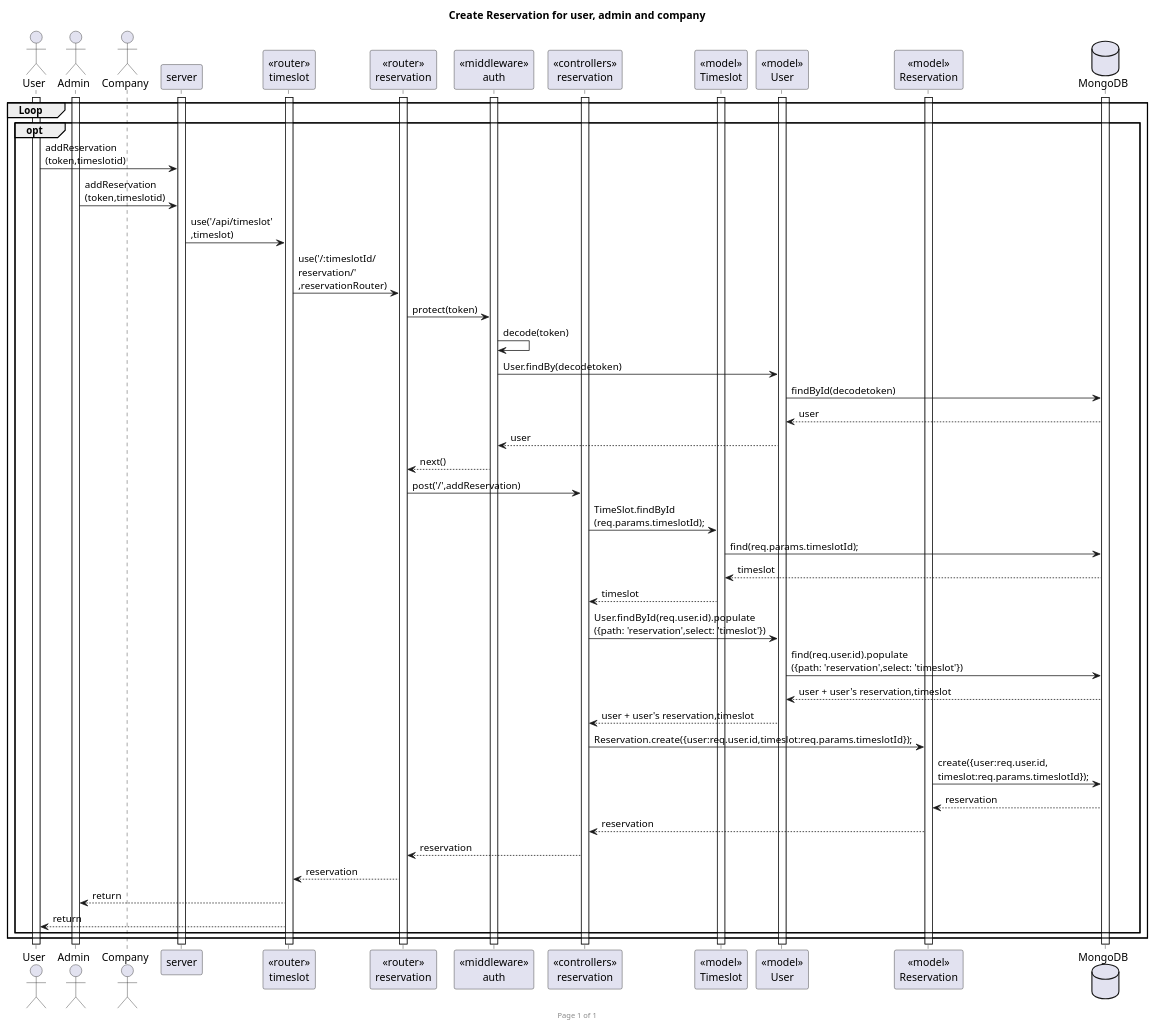
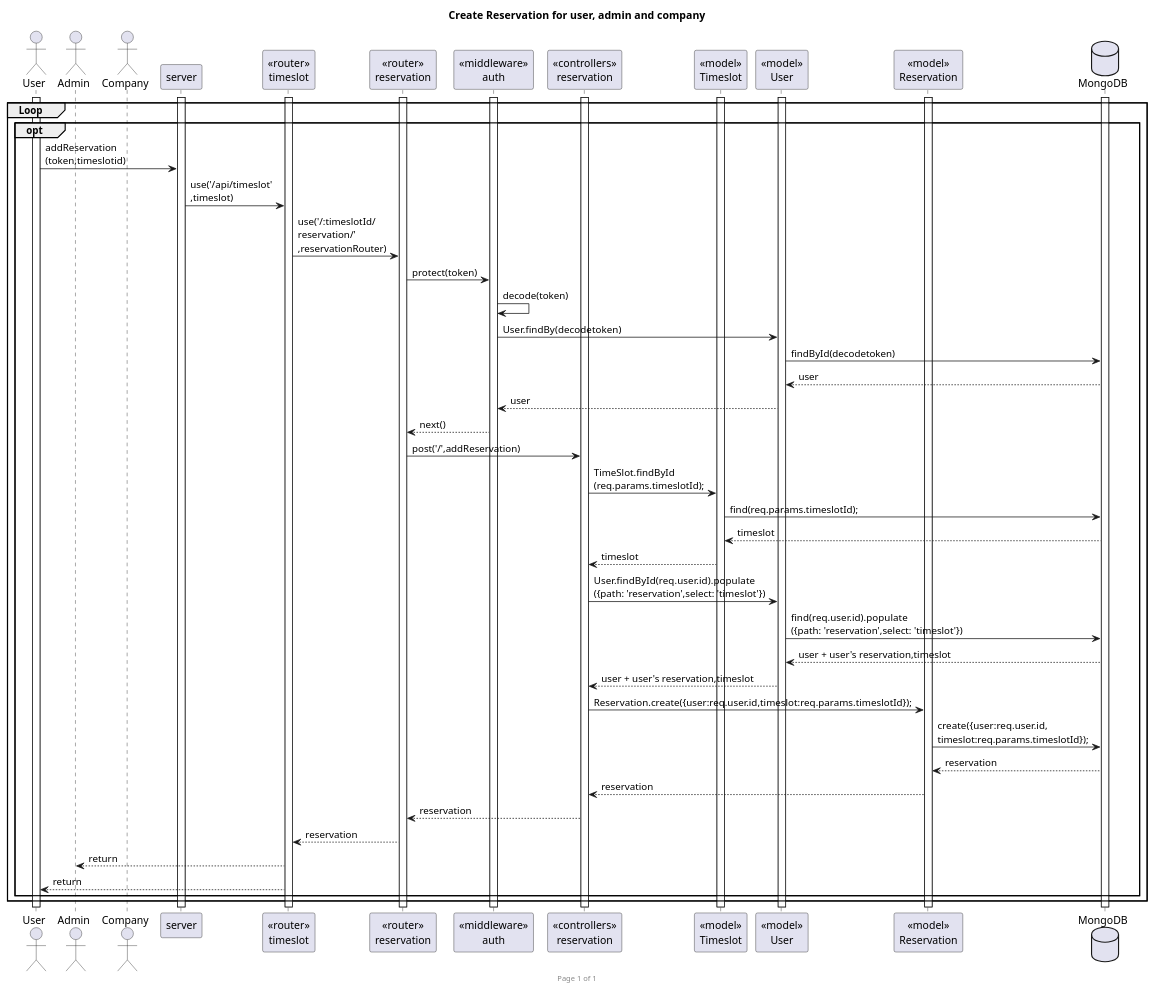
Before and after one commit to NAT-SIRIRUANGBUN/backend: the diagram in sequencediagram/addReservation.puml, drawn with PlantUML.

Commit message:
Fix addReserv sq diagram

```diff
--- a/sequencediagram/addReservation.puml
+++ b/sequencediagram/addReservation.puml
@@ -1,76 +1,74 @@
 @startuml addReservation
 
 
 footer Page %page% of %lastpage%
 title "Create Reservation for user, admin and company"
 
 actor "User" as user
 actor "Admin" as admin
 actor "Company" as company
 participant "server" as server
 participant "<<router>>\ntimeslot" as routerTime
 participant "<<router>>\nreservation" as routerReserv
 participant "<<middleware>>\nauth" as middleAuth
 participant "<<controllers>>\nreservation" as controllersReserv
 participant "<<model>>\nTimeslot" as modelTimeslot
 participant "<<model>>\nUser" as modelUser
 participant "<<model>>\nReservation" as modelReserv
 database "MongoDB" as mongoDB
 
 group Loop
     'get reservations for user
     group opt 
         activate user
         activate server
         activate routerTime
         activate routerReserv
         activate middleAuth
         activate controllersReserv
         activate modelUser
         activate modelReserv
         activate mongoDB
-        activate admin
         activate modelTimeslot
         user->server :addReservation\n(token,timeslotid)
-        admin -> server :addReservation\n(token,timeslotid)
         server->routerTime :use('/api/timeslot'\n,timeslot)
         routerTime->routerReserv : use('/:timeslotId/\nreservation/'\n,reservationRouter)
         routerReserv -> middleAuth : protect(token)
         middleAuth -> middleAuth : decode(token)
         middleAuth -> modelUser : User.findBy(decodetoken)
         modelUser -> mongoDB : findById(decodetoken)
 
         modelUser <-- mongoDB : user
         middleAuth <-- modelUser : user
         routerReserv <-- middleAuth : next()
 
         routerReserv -> controllersReserv : post('/',addReservation)
         controllersReserv -> modelTimeslot :  TimeSlot.findById\n(req.params.timeslotId);
         modelTimeslot -> mongoDB :  find(req.params.timeslotId);
 
         modelTimeslot <-- mongoDB : timeslot
         controllersReserv <-- modelTimeslot : timeslot
 
         controllersReserv -> modelUser : User.findById(req.user.id).populate\n({path: 'reservation',select: 'timeslot'})
         modelUser -> mongoDB : find(req.user.id).populate\n({path: 'reservation',select: 'timeslot'})
 
         modelUser <-- mongoDB : user + user's reservation,timeslot
         controllersReserv <-- modelUser : user + user's reservation,timeslot
 
         ' controllersReserv -> controllersReserv : loop inside user's reservation\nto check if user have already \nreserved this timeslot, if not continue
         ' controllersReserv -> controllersReserv : if(timeslot.reservation.length < timeslot.capacity)\n(check if timeslot's reservation amount \nhaven't exceed its capacity)
         ' controllersReserv -> controllersReserv : if(ThisUser.reservation.length < 3)\n(check that user doesn't have more than 3 reservation)
         
         controllersReserv -> modelReserv : Reservation.create({user:req.user.id,timeslot:req.params.timeslotId});
         modelReserv -> mongoDB : create({user:req.user.id,\ntimeslot:req.params.timeslotId});
 
         modelReserv <-- mongoDB : reservation
         controllersReserv <-- modelReserv : reservation
         routerReserv <-- controllersReserv : reservation
         routerTime <-- routerReserv : reservation
         admin <-- routerTime : return
         user <-- routerTime : return
     end
 end
 
 @enduml
```
